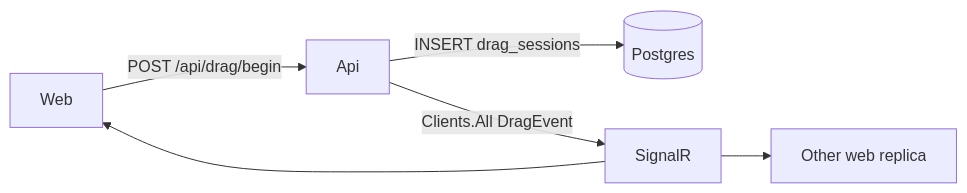
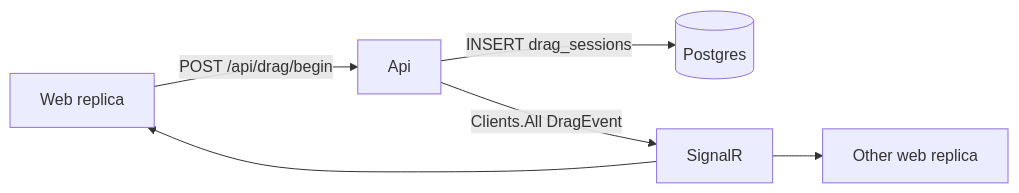
The sixth of 10 diagrams in MVP-Tab-Communication/MvpAspirePostgres/IMPLEMENTATION.md (JobiJoba/mvp-browser-communication-dotnet), drawn with Mermaid before and after one commit. The commit also changed other lines of this file and 16 other files, not shown here.

````diff
--- a/MVP-Tab-Communication/MvpAspirePostgres/IMPLEMENTATION.md
+++ b/MVP-Tab-Communication/MvpAspirePostgres/IMPLEMENTATION.md
@@ -135,8 +145,8 @@
 ```mermaid
 flowchart LR
-  Client[Web] -->|POST /api/drag/begin| Api
+  Client[Web replica] -->|POST /api/drag/begin| Api
   Api -->|INSERT drag_sessions| PG[(Postgres)]
   Api -->|Clients.All DragEvent| Hub[SignalR]
   Hub --> Client
   Hub --> Other[Other web replica]
 ```
````
